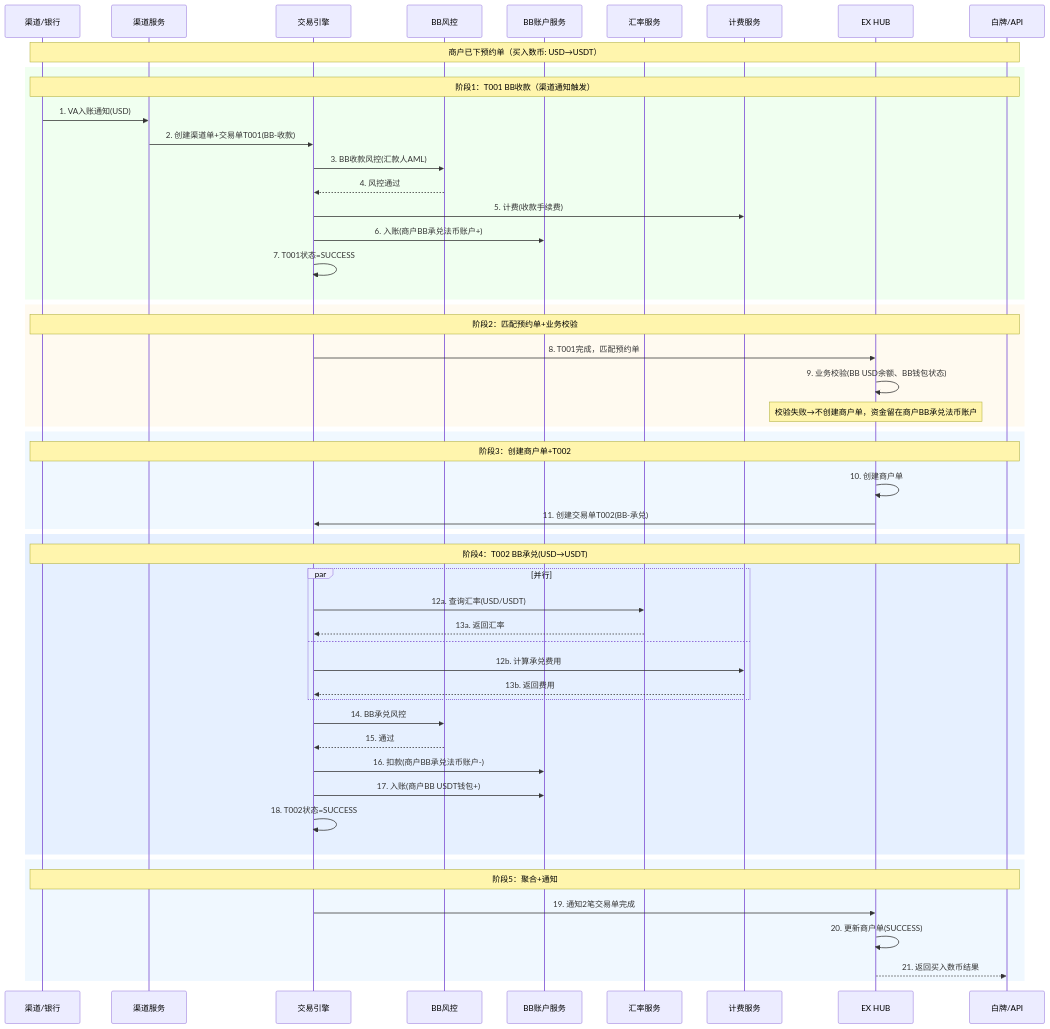
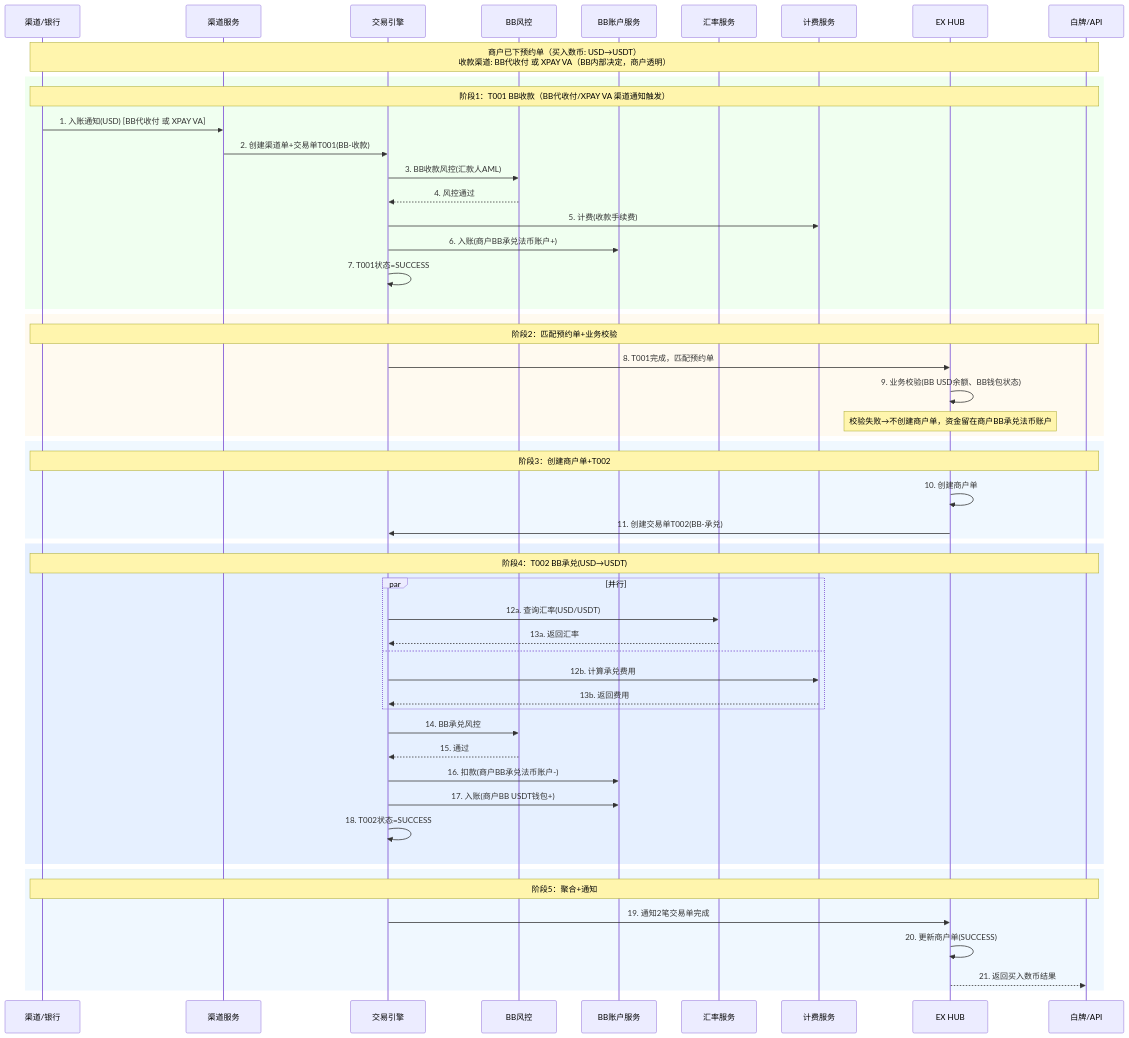
The sixth of 14 diagrams in onofframp/prd/onramp-v1 copy.md (xiaoxiaoangie/EX-NEW), drawn with Mermaid before and after one commit. The commit also changed other lines of this file and 42 other files, not shown here.

````diff
--- a/onofframp/prd/onramp-v1 copy.md
+++ b/onofframp/prd/onramp-v1 copy.md
@@ -570,61 +581,61 @@
 ```mermaid
 sequenceDiagram
     participant Channel as 渠道/银行
     participant CO as 渠道服务
     participant TE as 交易引擎
     participant Risk as BB风控
     participant Account as BB账户服务
     participant FX as 汇率服务
     participant Pricing as 计费服务
     participant HUB as EX HUB
     participant WP as 白牌/API
 
-    Note over Channel,WP: 商户已下预约单（买入数币: USD→USDT）
+    Note over Channel,WP: 商户已下预约单（买入数币: USD→USDT）<br/>收款渠道: BB代收付 或 XPAY VA（BB内部决定，商户透明）
 
     rect rgb(240, 255, 240)
-        Note over Channel,WP: 阶段1：T001 BB收款（渠道通知触发）
-        Channel->>CO: 1. VA入账通知(USD)
+        Note over Channel,WP: 阶段1：T001 BB收款（BB代收付/XPAY VA 渠道通知触发）
+        Channel->>CO: 1. 入账通知(USD) [BB代收付 或 XPAY VA]
         CO->>TE: 2. 创建渠道单+交易单T001(BB-收款)
         TE->>Risk: 3. BB收款风控(汇款人AML)
         Risk-->>TE: 4. 风控通过
         TE->>Pricing: 5. 计费(收款手续费)
         TE->>Account: 6. 入账(商户BB承兑法币账户+)
         TE->>TE: 7. T001状态=SUCCESS
     end
 
     rect rgb(255, 250, 240)
         Note over Channel,WP: 阶段2：匹配预约单+业务校验
         TE->>HUB: 8. T001完成，匹配预约单
         HUB->>HUB: 9. 业务校验(BB USD余额、BB钱包状态)
         Note over HUB: 校验失败→不创建商户单，资金留在商户BB承兑法币账户
     end
 
     rect rgb(240, 248, 255)
         Note over Channel,WP: 阶段3：创建商户单+T002
         HUB->>HUB: 10. 创建商户单
         HUB->>TE: 11. 创建交易单T002(BB-承兑)
     end
 
     rect rgb(230, 240, 255)
         Note over Channel,WP: 阶段4：T002 BB承兑(USD→USDT)
         par 并行
             TE->>FX: 12a. 查询汇率(USD/USDT)
             FX-->>TE: 13a. 返回汇率
         and
             TE->>Pricing: 12b. 计算承兑费用
             Pricing-->>TE: 13b. 返回费用
         end
         TE->>Risk: 14. BB承兑风控
         Risk-->>TE: 15. 通过
         TE->>Account: 16. 扣款(商户BB承兑法币账户-)
         TE->>Account: 17. 入账(商户BB USDT钱包+)
         TE->>TE: 18. T002状态=SUCCESS
     end
 
     rect rgb(240, 248, 255)
         Note over Channel,WP: 阶段5：聚合+通知
         TE->>HUB: 19. 通知2笔交易单完成
         HUB->>HUB: 20. 更新商户单(SUCCESS)
         HUB-->>WP: 21. 返回买入数币结果
     end
 ```
````
